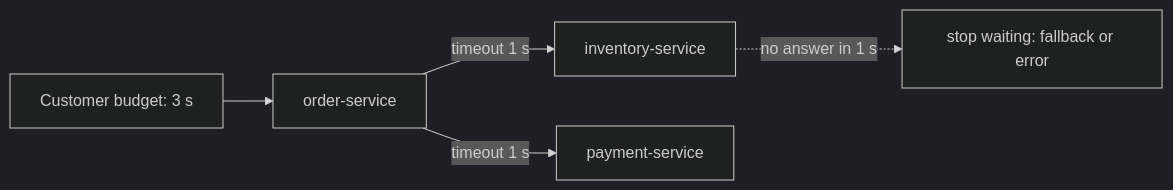
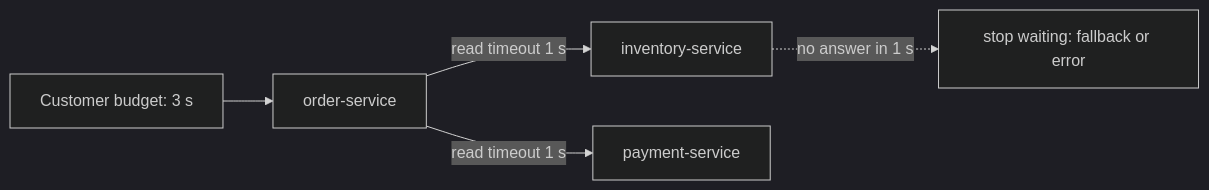
One commit to jubin-techwiz/learning changed the second of 2 diagrams in notes/01-resilience/02-timeouts.md. Above: the diagram before and after it, drawn with Mermaid (dark theme). The commit also changed other lines of this file and 37 other files, not shown here.

````diff
--- a/notes/01-resilience/02-timeouts.md
+++ b/notes/01-resilience/02-timeouts.md
@@ -45,7 +74,7 @@
 ```mermaid
 flowchart LR
     U[Customer budget: 3 s] --> A[order-service]
-    A -->|timeout 1 s| B[inventory-service]
-    A -->|timeout 1 s| C[payment-service]
+    A -->|read timeout 1 s| B[inventory-service]
+    A -->|read timeout 1 s| C[payment-service]
     B -.->|no answer in 1 s| F[stop waiting: fallback or error]
 ```
````
